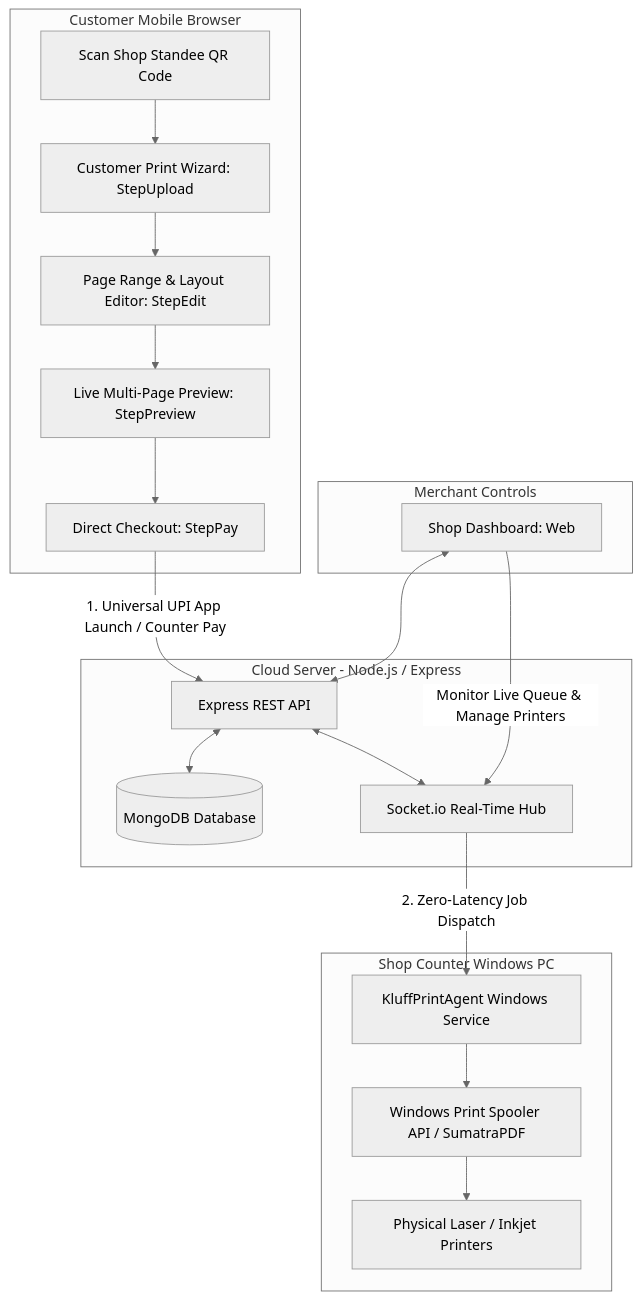
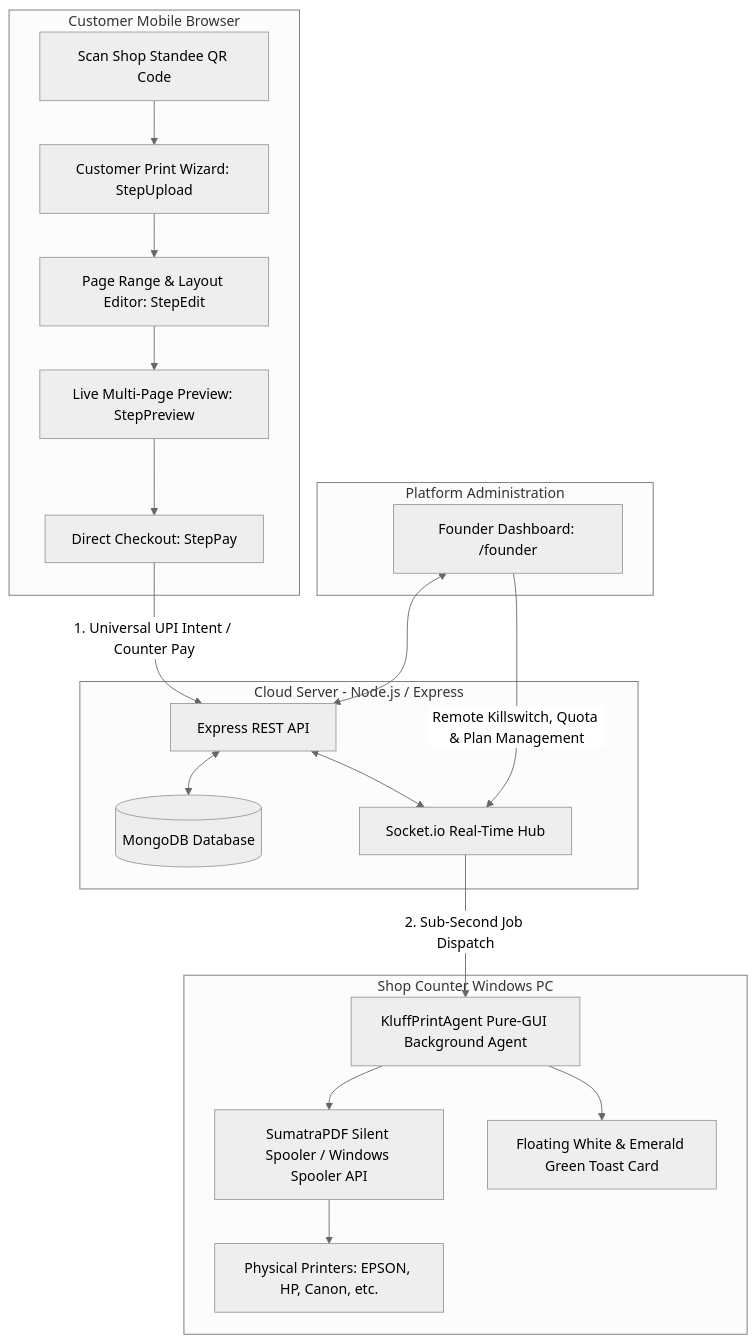
Before and after one commit to chandan221012-netizen/kluff: the first of 2 diagrams in README.md, drawn with Mermaid (neutral theme). The commit also changed other lines of this file and 1 other file, not shown here.

Commit message:
docs: comprehensive update to README and AGENT_ARCHITECTURE reflecting pure GUI, zero-console toast, and 24/7 resilience

````diff
--- a/README.md
+++ b/README.md
@@ -24,26 +24,27 @@
 ```mermaid
 flowchart TD
     subgraph Customer Mobile Browser
         A[Scan Shop Standee QR Code] --> B[Customer Print Wizard: StepUpload]
         B --> C[Page Range & Layout Editor: StepEdit]
         C --> D[Live Multi-Page Preview: StepPreview]
         D --> E[Direct Checkout: StepPay]
     end
 
     subgraph Cloud Server - Node.js / Express
-        E -- "1. Universal UPI App Launch / Counter Pay" --> F[Express REST API]
+        E -- "1. Universal UPI Intent / Counter Pay" --> F[Express REST API]
         F <--> G[(MongoDB Database)]
         F <--> H[Socket.io Real-Time Hub]
     end
 
     subgraph Shop Counter Windows PC
-        H -- "2. Zero-Latency Job Dispatch" --> I[KluffPrintAgent Windows Service]
-        I --> J[Windows Print Spooler API / SumatraPDF]
-        J --> K[Physical Laser / Inkjet Printers]
+        H -- "2. Sub-Second Job Dispatch" --> I[KluffPrintAgent Pure-GUI Background Agent]
+        I --> J[SumatraPDF Silent Spooler / Windows Spooler API]
+        J --> K[Physical Printers: EPSON, HP, Canon, etc.]
+        I --> L[Floating White & Emerald Green Toast Card]
     end
 
-    subgraph Merchant Controls
-        L[Shop Dashboard: Web] <--> F
-        L -- "Monitor Live Queue & Manage Printers" --> H
+    subgraph Platform Administration
+        M[Founder Dashboard: /founder] <--> F
+        M -- "Remote Killswitch, Quota & Plan Management" --> H
     end
 ```
````
